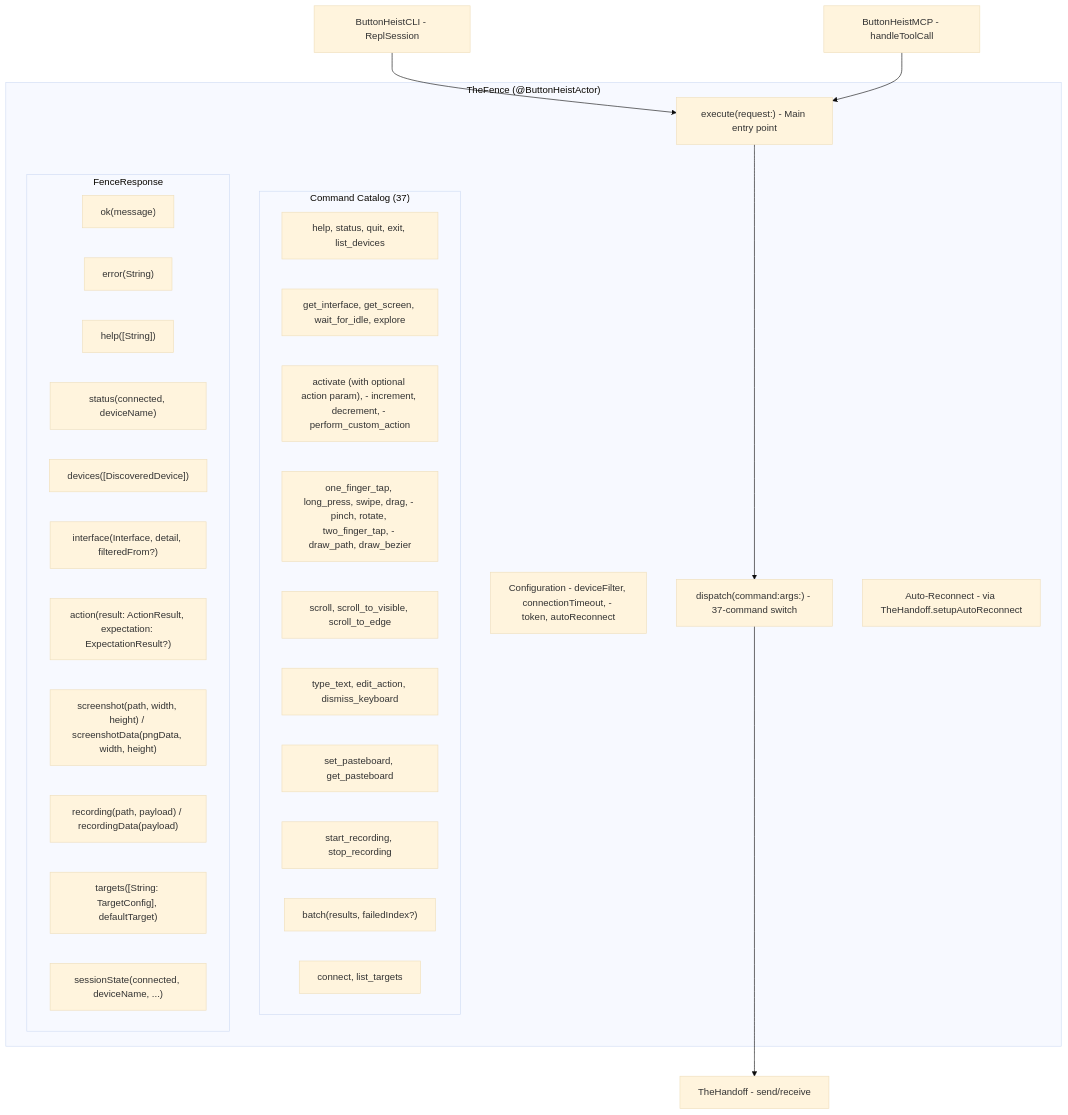
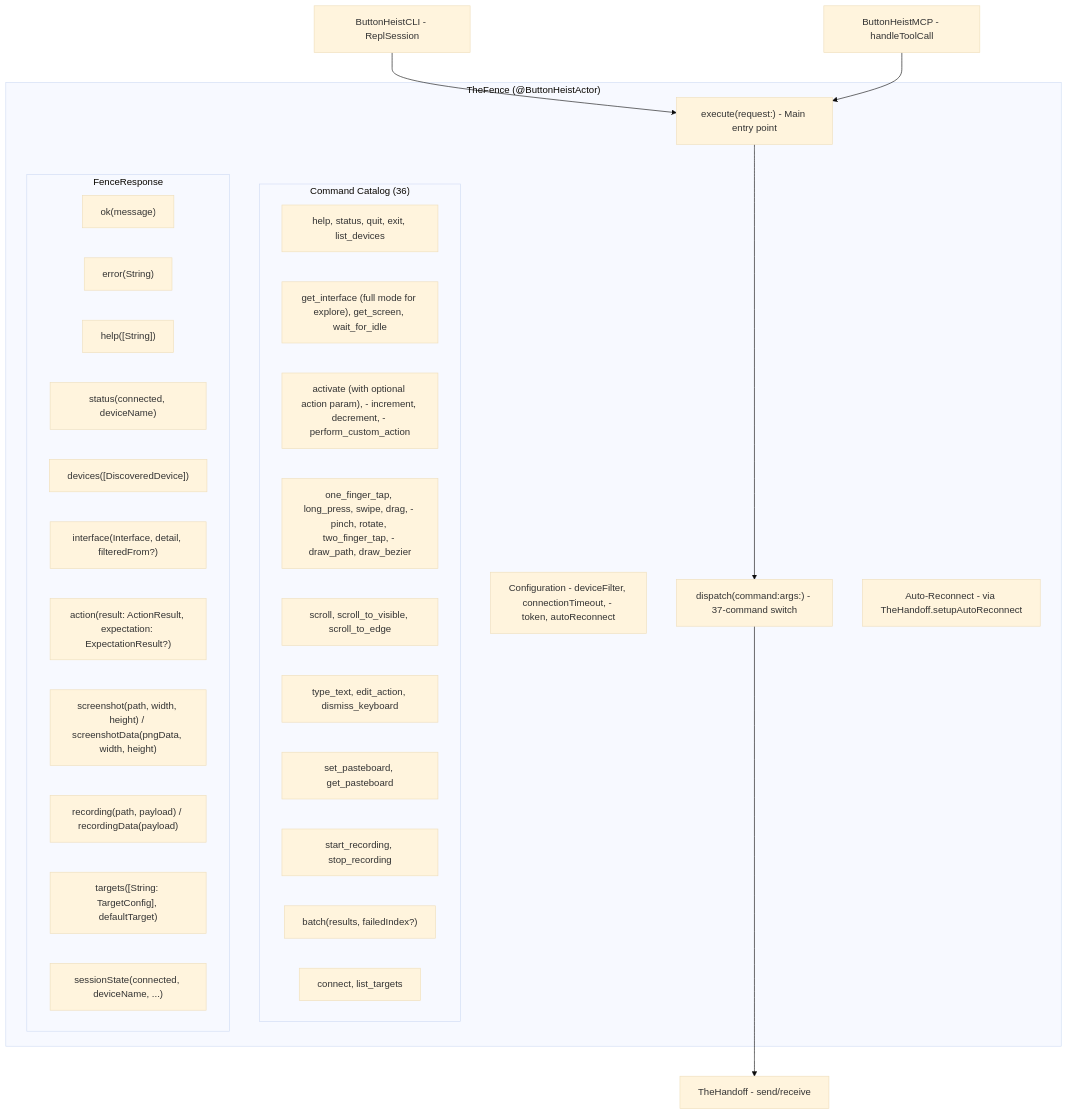
One commit to RoyalPineapple/TheButtonHeist changed the first of 3 diagrams in docs/dossiers/10-THEFENCE.md. Above: the diagram before and after it, drawn with Mermaid (base theme). The commit also changed 3 other files, not shown here.

First line of the commit message:
docs: element discovery guidance — when to use get_interface vs full vs scroll_to_visible

````diff
--- a/docs/dossiers/10-THEFENCE.md
+++ b/docs/dossiers/10-THEFENCE.md
@@ -25,42 +25,42 @@
 ```mermaid
 graph TD
     subgraph TheFence["TheFence (@ButtonHeistActor)"]
         Config["Configuration - deviceFilter, connectionTimeout, - token, autoReconnect"]
         Execute["execute(request:) - Main entry point"]
         Dispatch["dispatch(command:args:) - 37-command switch"]
         Reconnect["Auto-Reconnect - via TheHandoff.setupAutoReconnect"]
 
-        subgraph Commands["Command Catalog (37)"]
+        subgraph Commands["Command Catalog (36)"]
             Conn["help, status, quit, exit, list_devices"]
-            IF["get_interface, get_screen, wait_for_idle, explore"]
+            IF["get_interface (full mode for explore), get_screen, wait_for_idle"]
             Access["activate (with optional action param), - increment, decrement, - perform_custom_action"]
             Gesture["one_finger_tap, long_press, swipe, drag, - pinch, rotate, two_finger_tap, - draw_path, draw_bezier"]
             Scroll["scroll, scroll_to_visible, scroll_to_edge"]
             Text["type_text, edit_action, dismiss_keyboard"]
             Pasteboard["set_pasteboard, get_pasteboard"]
             Rec["start_recording, stop_recording"]
             Batch["run_batch, get_session_state, wait_for"]
             Target["connect, list_targets"]
         end
 
         subgraph Response["FenceResponse"]
             Ok["ok(message)"]
             Err["error(String)"]
             Help["help([String])"]
             Status["status(connected, deviceName)"]
             DevList["devices([DiscoveredDevice])"]
             IFResp["interface(Interface, detail, filteredFrom?)"]
             Action["action(result: ActionResult, expectation: ExpectationResult?)"]
             Screenshot["screenshot(path, width, height) / screenshotData(pngData, width, height)"]
             Recording["recording(path, payload) / recordingData(payload)"]
             Targets["targets([String: TargetConfig], defaultTarget)"]
             Batch["batch(results, failedIndex?)"]
             SessionState["sessionState(connected, deviceName, ...)"]
         end
     end
 
     CLI["ButtonHeistCLI - ReplSession"] --> Execute
     MCP["ButtonHeistMCP - handleToolCall"] --> Execute
     Execute --> Dispatch
     Dispatch --> Client["TheHandoff - send/receive"]
 ```
````
